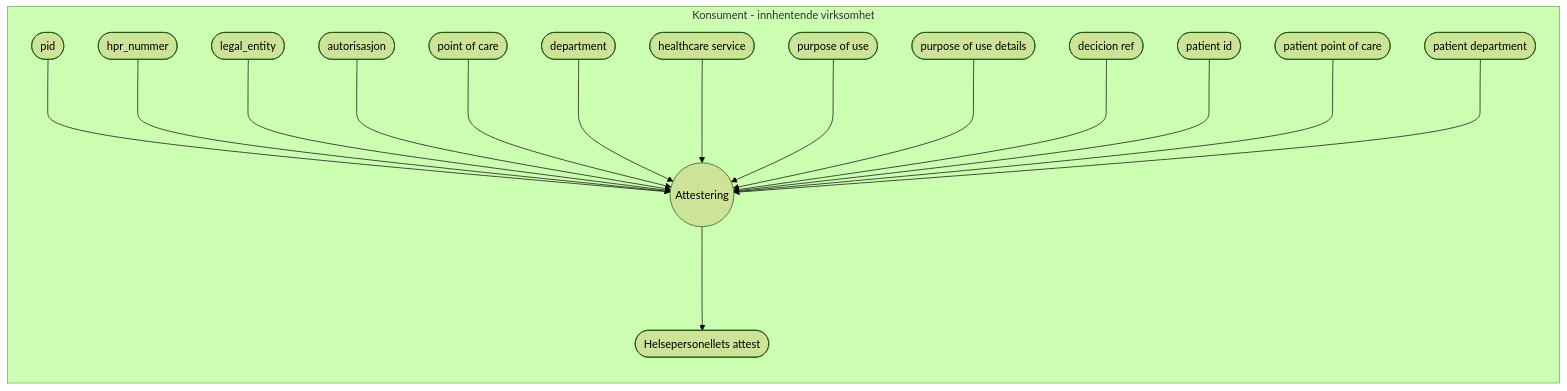
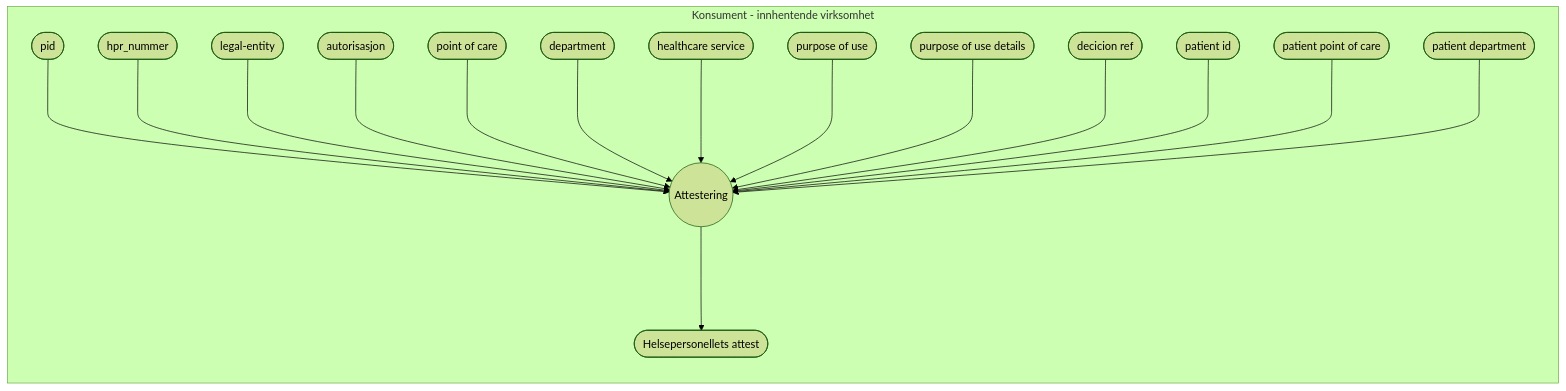
Before and after one commit to NorskHelsenett/Tillitsrammeverk: the third of 3 diagrams in specs/informasjons_og_datamodell.md, drawn with Mermaid (forest theme). The commit also changed other lines of this file and 13 other files, not shown here.

````diff
--- a/specs/informasjons_og_datamodell.md
+++ b/specs/informasjons_og_datamodell.md
@@ -243,40 +243,40 @@
 ```mermaid
 
 flowchart TB
 subgraph Konsument - innhentende virksomhet
 	direction LR
 		pid([pid])
 		hprid([hpr_nummer])		
-		legalEntity([legal_entity])
+		legalEntity([legal-entity])
 		authorization([autorisasjon])
 		poc([point of care])
 		department([department])
 		hcs([healthcare service])
 		pou([purpose of use])
 		poud([purpose of use details])
 		dec([decicion ref])
 		pat_id([patient id])
 		pat_poc([patient point of care])
 		pat_dep([patient department])
 	direction TB
 		consumer_attestation((Attestering))
 		hp_attest([Helsepersonellets attest])
 	
 	pid--->consumer_attestation
 	hprid--->consumer_attestation
 	legalEntity--->consumer_attestation
 	authorization--->consumer_attestation
 	poc--->consumer_attestation
 	department--->consumer_attestation
 	hcs--->consumer_attestation
 	pou--->consumer_attestation
 	poud--->consumer_attestation
 	dec--->consumer_attestation
 	pat_id--->consumer_attestation
 	pat_poc--->consumer_attestation
 	pat_dep--->consumer_attestation
 
 	consumer_attestation--->hp_attest
 
 end
 ```
````
